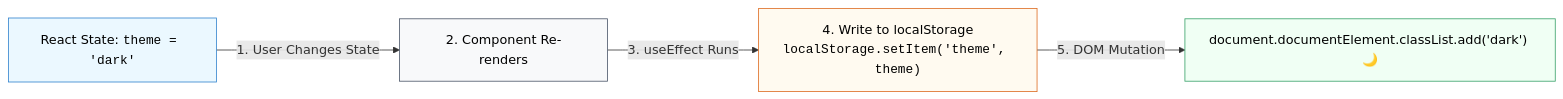
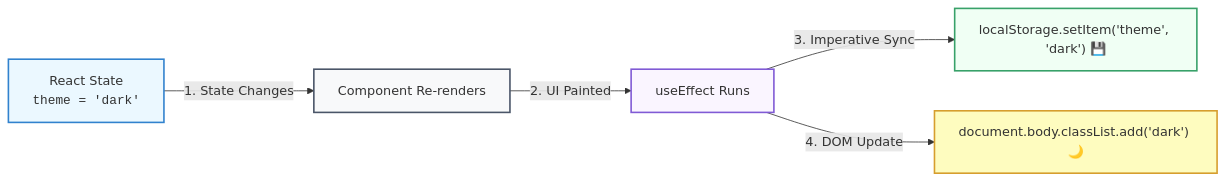
Before and after one commit to Ari-ICU/full-stack-short-coures: the diagram in src/courses/react/module-4-useeffect/04-synchronizing-browser-apis.mdx, drawn with Mermaid. The commit also changed other lines of this file and 4 other files, not shown here.

````diff
--- a/src/courses/react/module-4-useeffect/04-synchronizing-browser-apis.mdx
+++ b/src/courses/react/module-4-useeffect/04-synchronizing-browser-apis.mdx
@@ -24,11 +46,13 @@
 ```mermaid
 flowchart LR
-    A["React State: <code>theme = 'dark'</code>"] -->|1. User Changes State| B["2. Component Re-renders"]
-    B -->|3. useEffect Runs| C["4. Write to localStorage<br><code>localStorage.setItem('theme', theme)</code>"]
-    C -->|5. DOM Mutation| D["document.documentElement.classList.add('dark') 🌙"]
+    A["React State<br/><code>theme = 'dark'</code>"] -->|1. State Changes| B["Component Re-renders"]
+    B -->|2. UI Painted| C["useEffect Runs"]
+    C -->|3. Imperative Sync| D["localStorage.setItem('theme', 'dark') 💾"]
+    C -->|4. DOM Update| E["document.body.classList.add('dark') 🌙"]
 
-    style A fill:#ebf8ff,stroke:#3182ce,color:#000
-    style B fill:#f8f9fa,stroke:#4a5568,color:#000
-    style C fill:#fffaf0,stroke:#dd6b20,color:#000
-    style D fill:#f0fff4,stroke:#38a169,color:#000
+    style A fill:#ebf8ff,stroke:#3182ce,stroke-width:2px
+    style B fill:#f8f9fa,stroke:#4a5568,stroke-width:2px
+    style C fill:#faf5ff,stroke:#805ad5,stroke-width:2px
+    style D fill:#f0fff4,stroke:#38a169,stroke-width:2px
+    style E fill:#fefcbf,stroke:#d69e2e,stroke-width:2px
 ```
````
